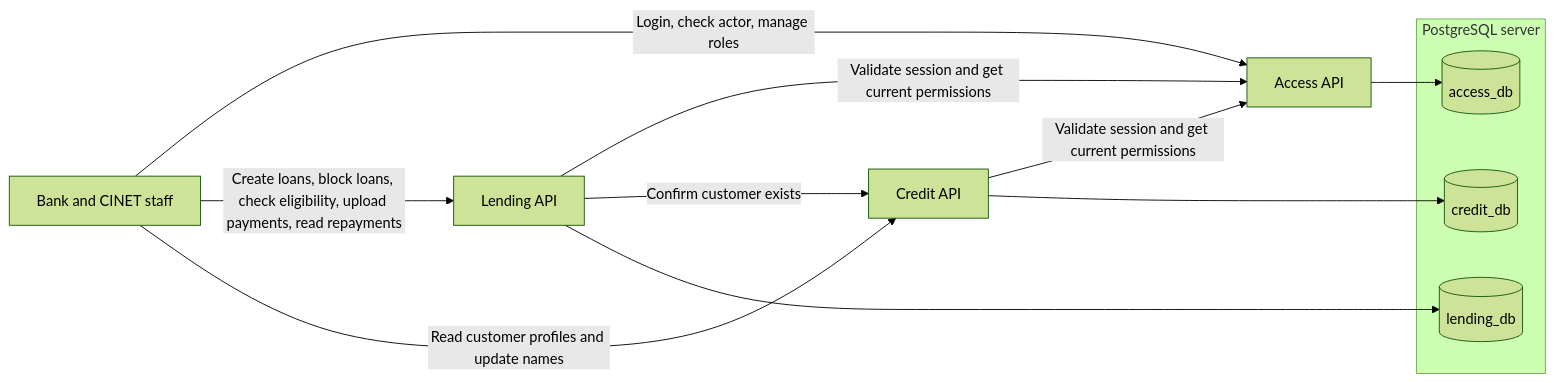
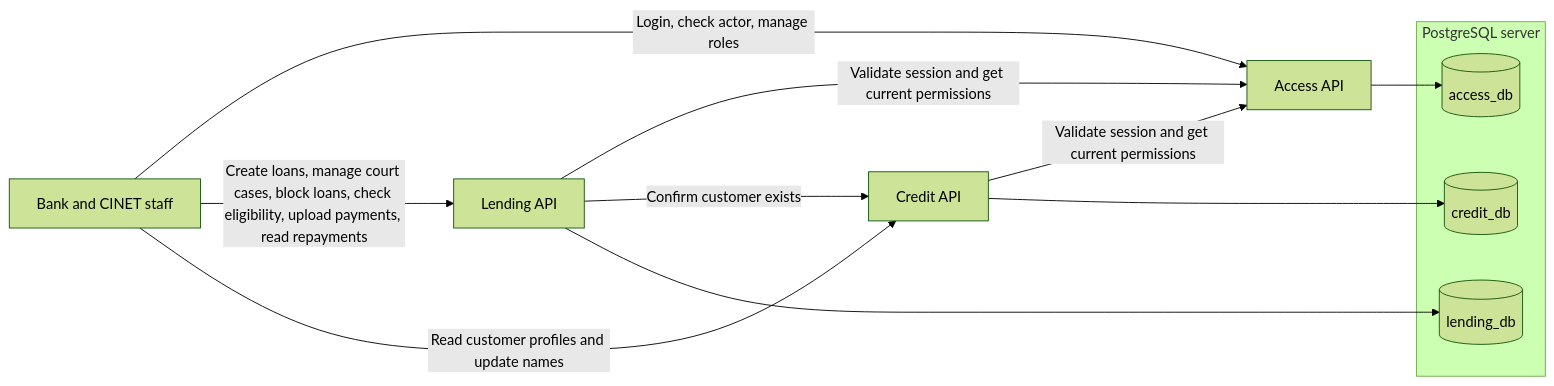
Before and after one commit to aalhendi/peaceful-urchin: the diagram in docs/architecture.md, drawn with Mermaid (forest theme). The commit also changed other lines of this file and 15 other files, not shown here.

First line of the commit message:
feat: introduce litigation management in Lending API

````diff
--- a/docs/architecture.md
+++ b/docs/architecture.md
@@ -5,20 +5,20 @@
 ```mermaid
 flowchart LR
     staff["Bank and CINET staff"] -->|Login, check actor, manage roles| access["Access API"]
-    staff -->|Create loans, block loans, check eligibility, upload payments, read repayments| lending["Lending API"]
+    staff -->|Create loans, manage court cases, block loans, check eligibility, upload payments, read repayments| lending["Lending API"]
     staff -->|Read customer profiles and update names| credit["Credit API"]
 
     lending -->|Validate session and get current permissions| access
     credit -->|Validate session and get current permissions| access
     lending -->|Confirm customer exists| credit
 
     subgraph postgres["PostgreSQL server"]
         accessDb[(access_db)]
         lendingDb[(lending_db)]
         creditDb[(credit_db)]
     end
 
     access --> accessDb
     lending --> lendingDb
     credit --> creditDb
 ```
````
